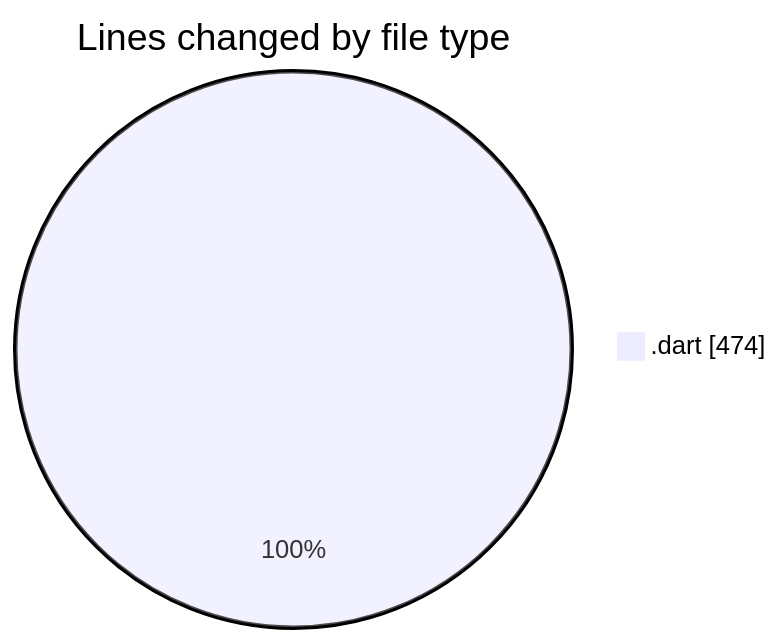
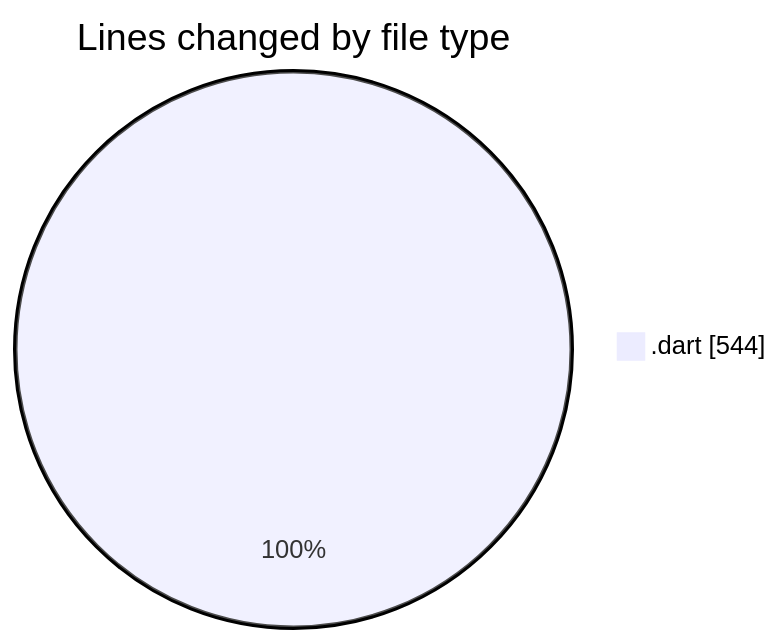
One commit to donsfak/code-tracking changed the first of 2 diagrams in 2025-02-25/trackers_app/README.md. Above: the diagram before and after it, drawn with Mermaid. The commit also changed other lines of this file and 1 other file, not shown here.

````diff
--- a/2025-02-25/trackers_app/README.md
+++ b/2025-02-25/trackers_app/README.md
@@ -22,5 +22,5 @@
 ```mermaid
 pie showData
 title Lines changed by file type
-".dart" : 474
+".dart" : 544
 ```
````
